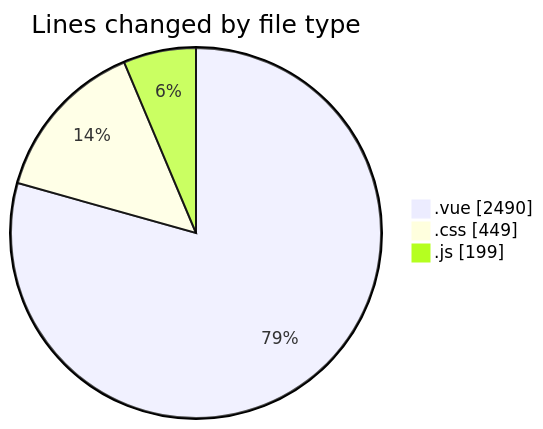
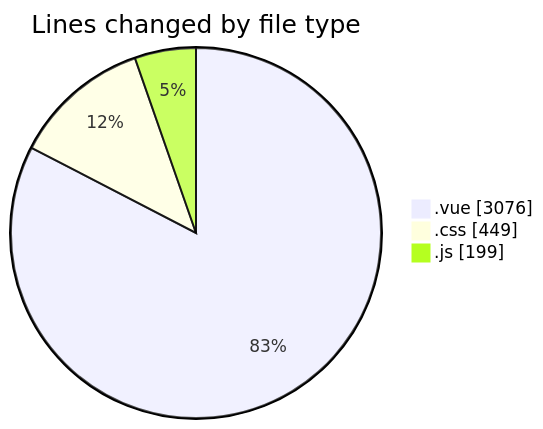
The first of 2 diagrams in 2025-08-10/rentotp/README.md (lephambinh05/code-tracking), drawn with Mermaid before and after one commit. The commit also changed other lines of this file and 1 other file, not shown here.

````diff
--- a/2025-08-10/rentotp/README.md
+++ b/2025-08-10/rentotp/README.md
@@ -25,7 +26,7 @@
 ```mermaid
 pie showData
 title Lines changed by file type
-".vue" : 2490
+".vue" : 3076
 ".css" : 449
 ".js" : 199
 ```
````
